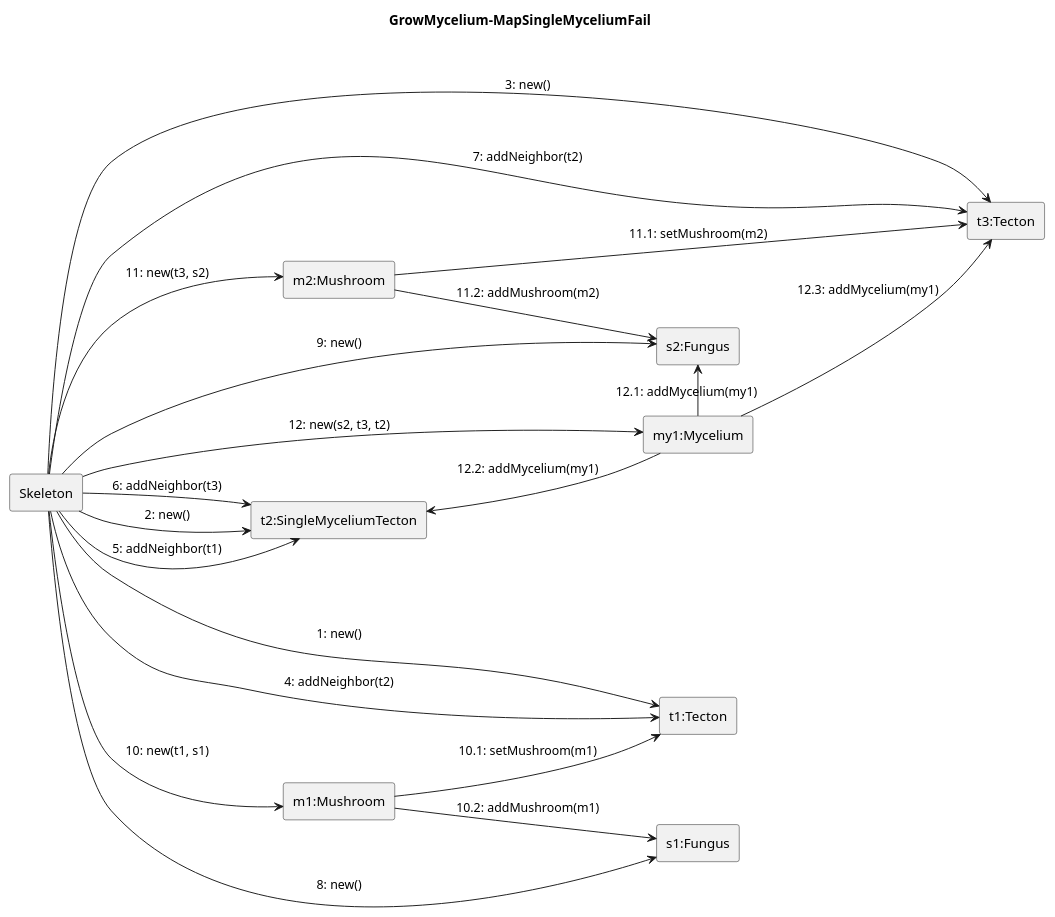
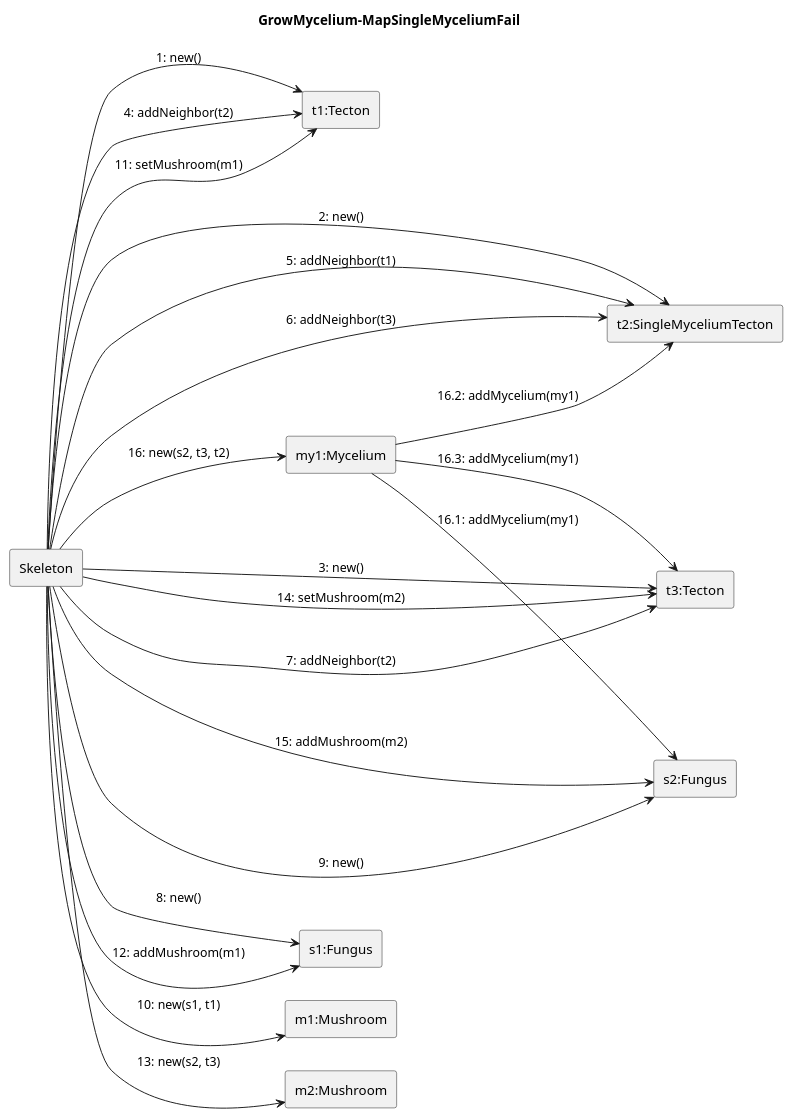
The diagram in Skeleton/Grow-mycelium/map-singlemycelium-fail.puml (ZD4ve/projlab-error521), drawn with PlantUML before and after one commit. The commit also changed 4 other files, not shown here.

Commit message:
broken skeleton diagrams fixed

```diff
--- a/Skeleton/Grow-mycelium/map-singlemycelium-fail.puml
+++ b/Skeleton/Grow-mycelium/map-singlemycelium-fail.puml
@@ -1,40 +1,40 @@
 @startuml Grow-mycelium/map-singlemycelium-fail 
 left to right direction
 title GrowMycelium-MapSingleMyceliumFail
 
 rectangle Skeleton
 
 rectangle "t1:Tecton" as t1
 rectangle "t2:SingleMyceliumTecton" as t2
 rectangle "t3:Tecton" as t3
 rectangle "s1:Fungus" as s1
 rectangle "s2:Fungus" as s2
 rectangle "m1:Mushroom" as m1
 rectangle "m2:Mushroom" as m2
 rectangle "my1:Mycelium" as my1
 
 'create tectons
 Skeleton --> t1 : 1: new()
 Skeleton --> t2 : 2: new()
 Skeleton --> t3 : 3: new()
 Skeleton --> t1 : 4: addNeighbor(t2)
 Skeleton --> t2 : 5: addNeighbor(t1)
 Skeleton --> t2 : 6: addNeighbor(t3)
 Skeleton --> t3 : 7: addNeighbor(t2)
 'create species
 Skeleton --> s1 : 8: new()
 Skeleton --> s2 : 9: new()
 'create mushrooms
-Skeleton --> m1 : 10: new(t1, s1)
-m1 --> t1 : 10.1: setMushroom(m1)
-m1 --> s1 : 10.2: addMushroom(m1)
-Skeleton --> m2 : 11: new(t3, s2)
-m2 --> t3 : 11.1: setMushroom(m2)
-m2 --> s2 : 11.2: addMushroom(m2)
+Skeleton --> m1 : 10: new(s1, t1)
+Skeleton --> t1 : 11: setMushroom(m1)
+Skeleton --> s1 : 12: addMushroom(m1)
+Skeleton --> m2 : 13: new(s2, t3)
+Skeleton --> t3 : 14: setMushroom(m2)
+Skeleton --> s2 : 15: addMushroom(m2)
 'add mycelium
-Skeleton --> my1 : 12: new(s2, t3, t2)
-my1 -left-> s2 : 12.1: addMycelium(my1)
-my1 -left-> t2 : 12.2: addMycelium(my1)
-my1 --> t3 : 12.3: addMycelium(my1)
+Skeleton --> my1 : 16: new(s2, t3, t2)
+my1 --> s2 : 16.1: addMycelium(my1)
+my1 --> t2 : 16.2: addMycelium(my1)
+my1 --> t3 : 16.3: addMycelium(my1)
 
 @enduml
```
